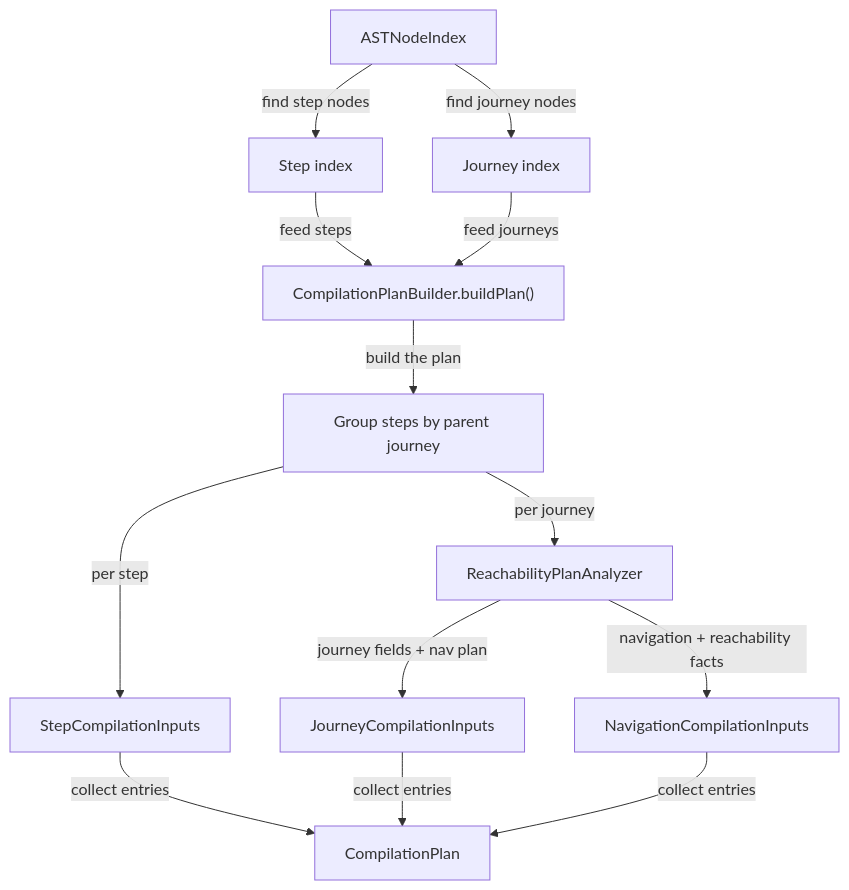
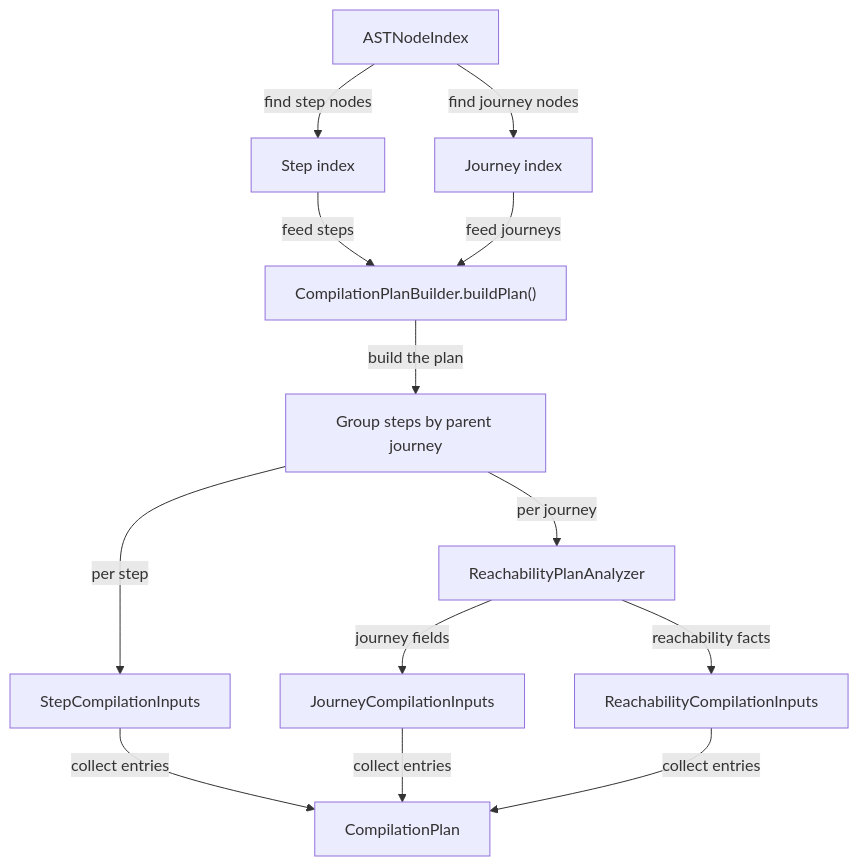
Before and after one commit to ministryofjustice/hmpps-forge: the diagram in packages/forge-core/src/engine/compilation/dependency-analysis/README.md, drawn with Mermaid. The commit also changed other lines of this file and 62 other files, not shown here.

````diff
--- a/packages/forge-core/src/engine/compilation/dependency-analysis/README.md
+++ b/packages/forge-core/src/engine/compilation/dependency-analysis/README.md
@@ -141,15 +140,15 @@
 ```mermaid
 flowchart TD
   nodeRegistry["ASTNodeIndex"] -->|find step nodes| stepIndex["Step index"]
   nodeRegistry -->|find journey nodes| journeyIndex["Journey index"]
   stepIndex -->|feed steps| planBuilder["CompilationPlanBuilder.buildPlan()"]
   journeyIndex -->|feed journeys| planBuilder
   planBuilder -->|build the plan| groupSteps["Group steps by parent journey"]
   groupSteps -->|per step| stepInputs["StepCompilationInputs"]
   groupSteps -->|per journey| reachability["ReachabilityPlanAnalyzer"]
-  reachability -->|navigation + reachability facts| navigationInputs["NavigationCompilationInputs"]
-  reachability -->|journey fields + nav plan| journeyInputs["JourneyCompilationInputs"]
+  reachability -->|reachability facts| reachabilityInputs["ReachabilityCompilationInputs"]
+  reachability -->|journey fields| journeyInputs["JourneyCompilationInputs"]
   stepInputs -->|collect entries| compilationPlan["CompilationPlan"]
   journeyInputs -->|collect entries| compilationPlan
-  navigationInputs -->|collect entries| compilationPlan
+  reachabilityInputs -->|collect entries| compilationPlan
 ```
````
